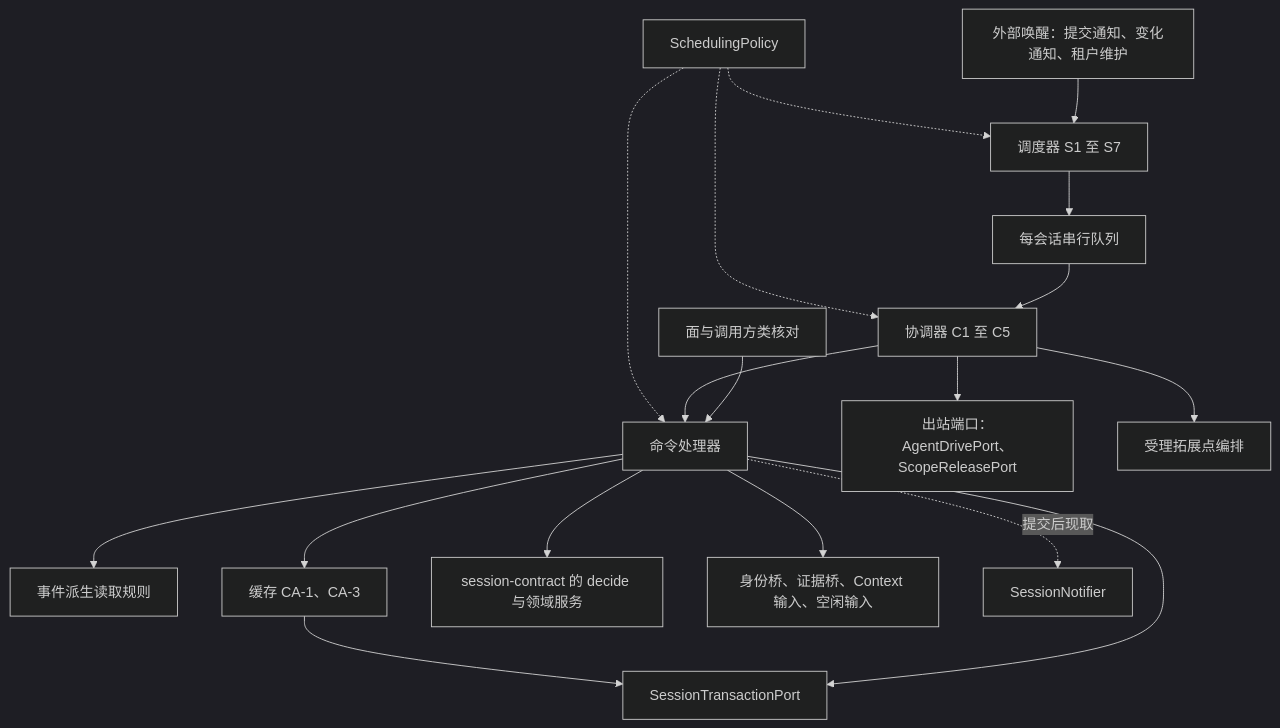
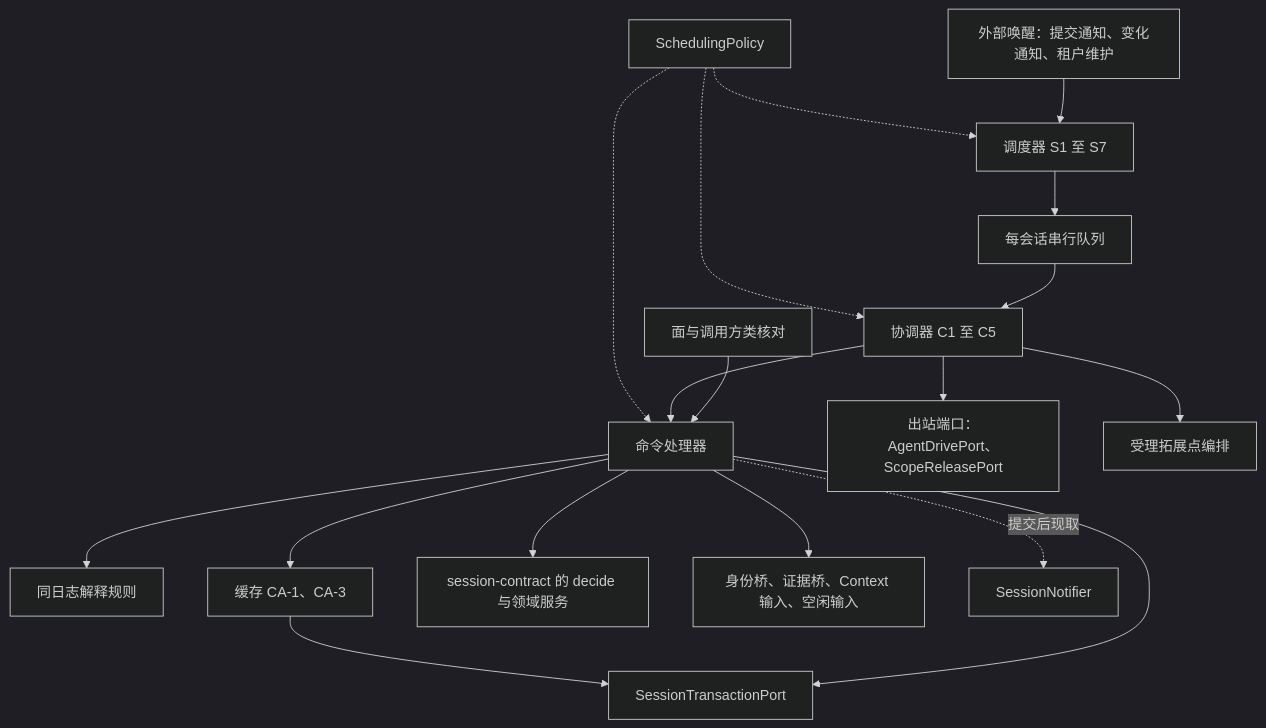
The diagram in packages/session/session/docs/architecture/README.md (nemori-ai/omne-harness-lite), drawn with Mermaid (dark theme) before and after one commit. The commit also changed other lines of this file and 28 other files, not shown here.

````diff
--- a/packages/session/session/docs/architecture/README.md
+++ b/packages/session/session/docs/architecture/README.md
@@ -26,20 +26,20 @@
 ```mermaid
 flowchart TB
   Faces[面与调用方类核对] --> CP[命令处理器]
   Signals[外部唤醒：提交通知、变化通知、租户维护] --> Sched[调度器 S1 至 S7]
   Sched --> Queue[每会话串行队列]
   Queue --> Coord[协调器 C1 至 C5]
   Coord --> CP
   Coord --> Out[出站端口：AgentDrivePort、ScopeReleasePort]
   Coord --> EX[受理拓展点编排]
-  CP --> RD[事件派生读取规则]
+  CP --> RD[同日志解释规则]
   CP --> Cache[缓存 CA-1、CA-3]
   CP --> Pure[session-contract 的 decide 与领域服务]
   CP --> Tx[SessionTransactionPort]
   CP --> Bridges[身份桥、证据桥、Context 输入、空闲输入]
   CP -. 提交后现取 .-> Notify[SessionNotifier]
   Cache --> Tx
   Policy[SchedulingPolicy] -.-> Sched
   Policy -.-> Coord
   Policy -.-> CP
 ```
````
